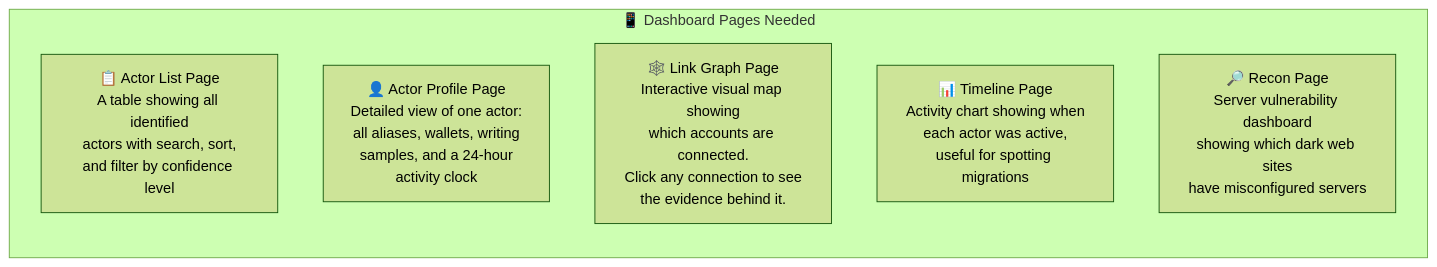
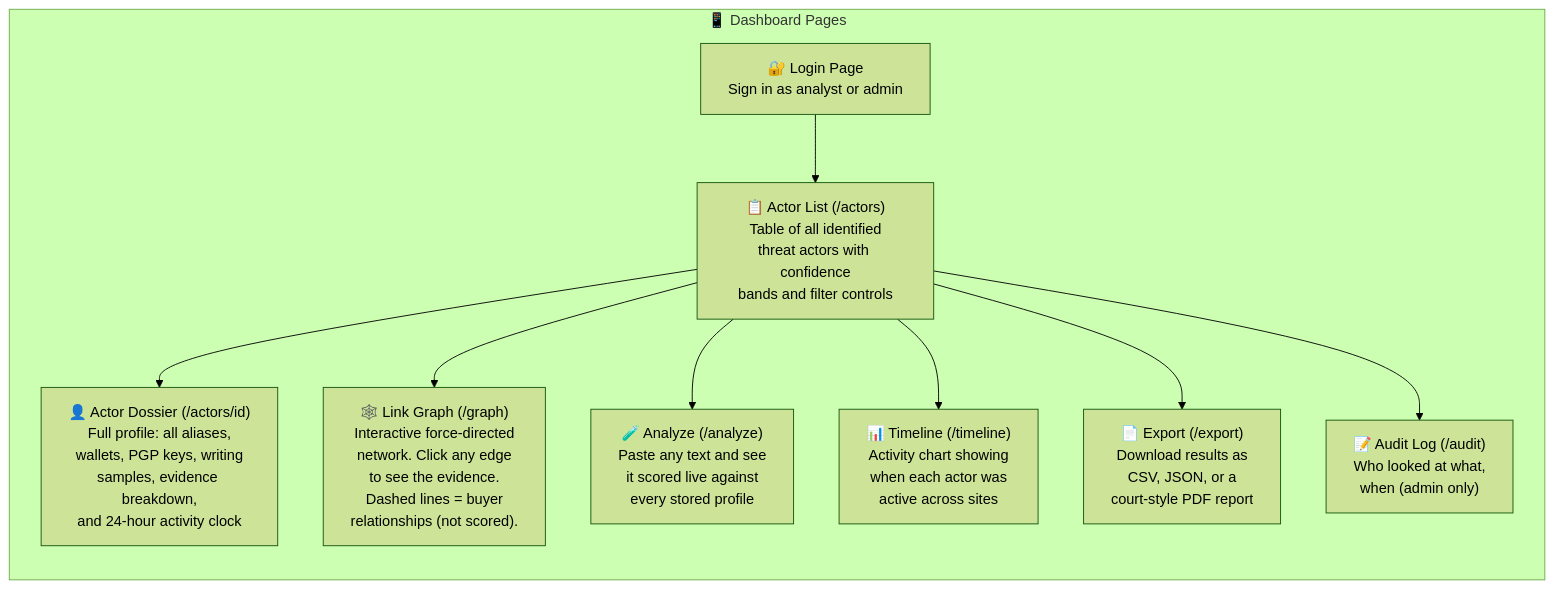
Before and after one commit to shubechavan/sih-bombil: diagram 15 of 16 in docs/PROJECT_DOCUMENTATION.md, drawn with Mermaid (forest theme). The commit also changed other lines of this file and 12 other files, not shown here.

````diff
--- a/docs/PROJECT_DOCUMENTATION.md
+++ b/docs/PROJECT_DOCUMENTATION.md
@@ -525,11 +639,22 @@
 ```mermaid
 flowchart TD
-    subgraph pages["📱 Dashboard Pages Needed"]
+    subgraph pages["📱 Dashboard Pages"]
         direction TB
-        PG1["📋 Actor List Page<br/>A table showing all identified<br/>actors with search, sort,<br/>and filter by confidence level"]
-        PG2["👤 Actor Profile Page<br/>Detailed view of one actor:<br/>all aliases, wallets, writing<br/>samples, and a 24-hour<br/>activity clock"]
-        PG3["🕸️ Link Graph Page<br/>Interactive visual map showing<br/>which accounts are connected.<br/>Click any connection to see<br/>the evidence behind it."]
-        PG4["📊 Timeline Page<br/>Activity chart showing when<br/>each actor was active,<br/>useful for spotting migrations"]
-        PG5["🔎 Recon Page<br/>Server vulnerability dashboard<br/>showing which dark web sites<br/>have misconfigured servers"]
+        LOGIN["🔐 Login Page<br/>Sign in as analyst or admin"]
+        ACTORS["📋 Actor List (/actors)<br/>Table of all identified<br/>threat actors with confidence<br/>bands and filter controls"]
+        DETAIL["👤 Actor Dossier (/actors/id)<br/>Full profile: all aliases,<br/>wallets, PGP keys, writing<br/>samples, evidence breakdown,<br/>and 24-hour activity clock"]
+        GRAPH["🕸️ Link Graph (/graph)<br/>Interactive force-directed<br/>network. Click any edge<br/>to see the evidence.<br/>Dashed lines = buyer<br/>relationships (not scored)."]
+        ANALYZE["🧪 Analyze (/analyze)<br/>Paste any text and see<br/>it scored live against<br/>every stored profile"]
+        TIMELINE["📊 Timeline (/timeline)<br/>Activity chart showing<br/>when each actor was<br/>active across sites"]
+        EXPORT["📄 Export (/export)<br/>Download results as<br/>CSV, JSON, or a<br/>court-style PDF report"]
+        AUDIT["📝 Audit Log (/audit)<br/>Who looked at what,<br/>when (admin only)"]
     end
+
+    LOGIN --> ACTORS
+    ACTORS --> DETAIL
+    ACTORS --> GRAPH
+    ACTORS --> ANALYZE
+    ACTORS --> TIMELINE
+    ACTORS --> EXPORT
+    ACTORS --> AUDIT
 ```
````
